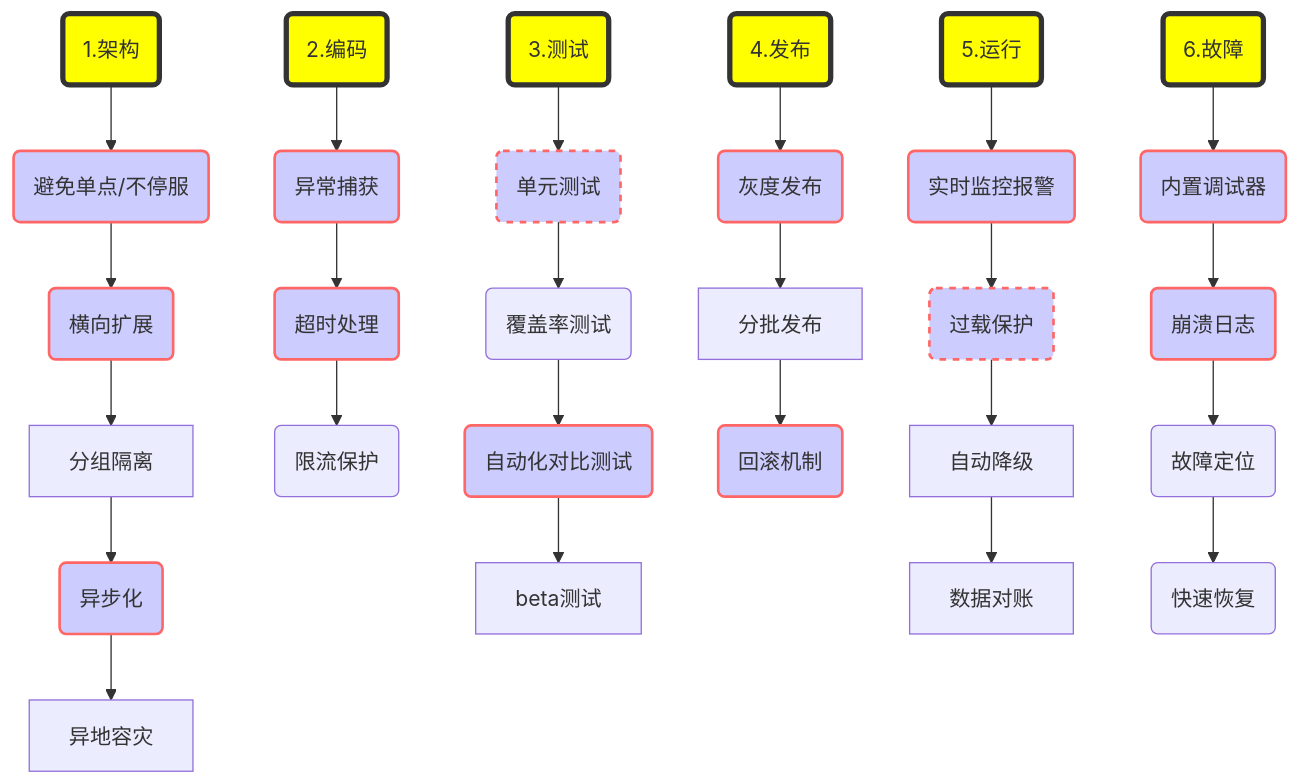
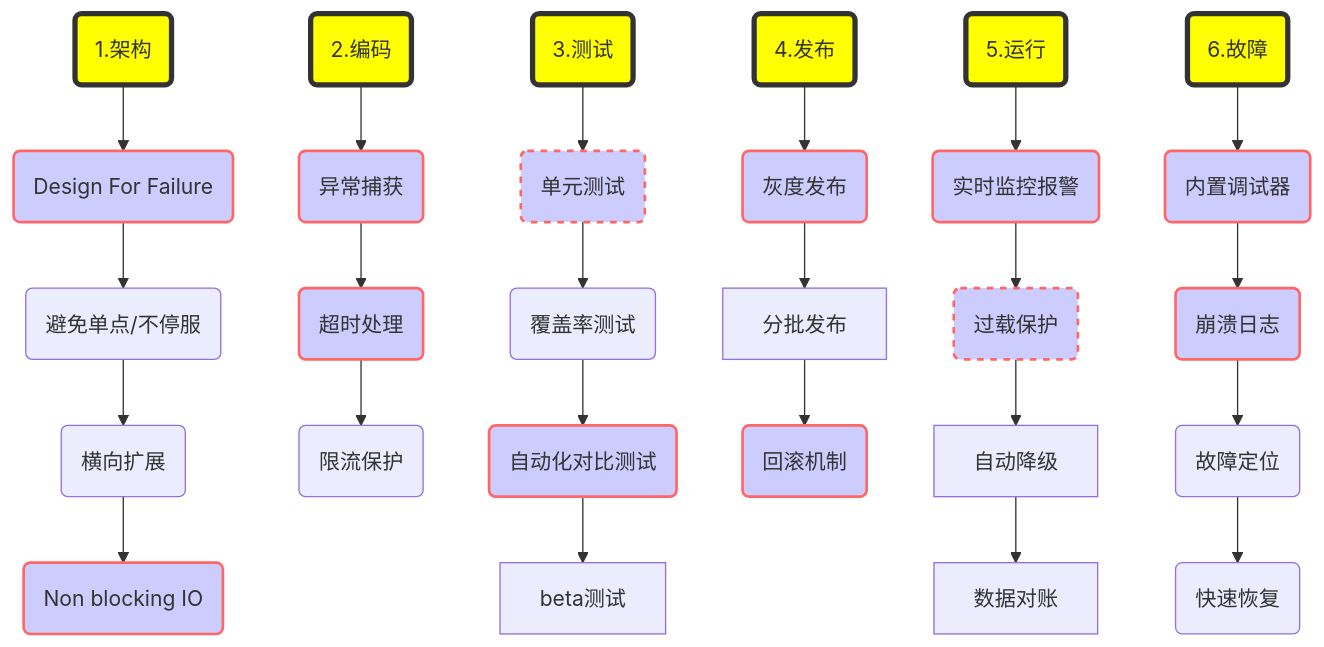
The diagram in design/high-available-system.md (lixianmin/writer), drawn with Mermaid before and after one commit. The commit also changed other lines of this file, not shown here.

````diff
--- a/design/high-available-system.md
+++ b/design/high-available-system.md
@@ -16,61 +16,59 @@
 ```mermaid
 graph TD
 
 classDef RootNode fill:#ff0,stroke:#333,stroke-width:4px
 classDef EmphasizeNode fill:#ccf,stroke:#f66,stroke-width:2px
 classDef TodoNode fill:#ccf,stroke:#f66,stroke-width:2px, stroke-dasharray: 5, 5
 
 Architecture(1.架构)
 class Architecture RootNode
-Architecture --> AvaidSinglePoint(避免单点/不停服)
-class AvaidSinglePoint EmphasizeNode
+Architecture --> DesignForFailure(Design For Failure)
+class DesignForFailure EmphasizeNode
+DesignForFailure --> AvaidSinglePoint(避免单点/不停服)
 AvaidSinglePoint --> ScaleOut(横向扩展)
-class ScaleOut EmphasizeNode
-ScaleOut--> 分组隔离
-分组隔离  --> Asynchronized(异步化)
-class Asynchronized EmphasizeNode
-Asynchronized  --> 异地容灾
+ScaleOut --> NonblockingIO(Non blocking IO)
+class NonblockingIO EmphasizeNode
 
 Code(2.编码)
 class Code RootNode
 Code --> CatchException(异常捕获)
 class CatchException EmphasizeNode
 CatchException --> TimeoutProcess(超时处理)
 class TimeoutProcess EmphasizeNode
 TimeoutProcess --> CurrentLimitingProtection(限流保护)
 
 Test(3.测试)
 class Test RootNode
 Test --> UnitTest(单元测试)
 class UnitTest TodoNode
 UnitTest --> CoverageTest(覆盖率测试)
 CoverageTest --> AutoCompareTest(自动化对比测试)
 class AutoCompareTest EmphasizeNode
 AutoCompareTest --> beta测试
 
 Publish(4.发布)
 class Publish RootNode
 Publish --> GatedLaunch(灰度发布)
 class GatedLaunch EmphasizeNode
 GatedLaunch --> 分批发布
 分批发布 --> RollbackMechanism(回滚机制)
 class RollbackMechanism EmphasizeNode
 
 Run(5.运行)
 class Run RootNode
 Run --> RealtimeWatching(实时监控报警)
 class RealtimeWatching EmphasizeNode
 RealtimeWatching --> OverloadProtection(过载保护)
 class OverloadProtection TodoNode
 OverloadProtection --> 自动降级
 自动降级 --> 数据对账
 
 Fault(6.故障)
 class Fault RootNode
 Fault --> BuiltinDebugger(内置调试器)
 class BuiltinDebugger EmphasizeNode
 BuiltinDebugger --> CrashLog(崩溃日志)
 class CrashLog EmphasizeNode
 CrashLog --> FaultLocate(故障定位)
 FaultLocate --> FastRecover(快速恢复)
 ```
````
